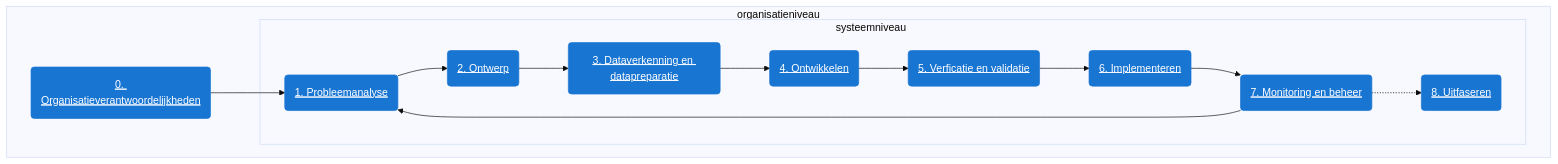
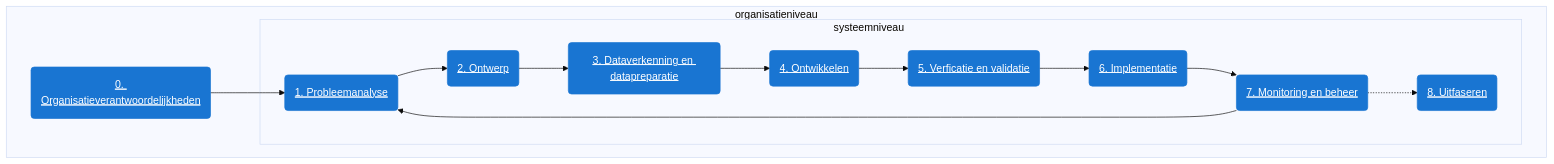
The diagram in docs/levenscyclus/index.md (MinBZK/Algoritmekader), drawn with Mermaid (base theme) before and after one commit. The commit also changed other lines of this file and 6 other files, not shown here.

````diff
--- a/docs/levenscyclus/index.md
+++ b/docs/levenscyclus/index.md
@@ -42,40 +42,40 @@
 ```mermaid
 
   flowchart TD
       subgraph organisatieniveau
         0(0. Organisatieverantwoordelijkheden) --> 1(1. Probleemanalyse);
         subgraph systeemniveau [systeemniveau&nbsp&nbsp&nbsp&nbsp&nbsp&nbsp&nbsp&nbsp&nbsp&nbsp&nbsp&nbsp&nbsp&nbsp&nbsp]
           7(7. Monitoring en beheer) --> 1(1. Probleemanalyse);
           1(1. Probleemanalyse) --> 2(2. Ontwerp);
           2(2. Ontwerp) --> 3(3. Dataverkenning en datapreparatie);
           3(3. Dataverkenning en datapreparatie) --> 4(4. Ontwikkelen);
           4(4. Ontwikkelen) --> 5(5. Verficatie en validatie);
-          5(5. Verficatie en validatie) --> 6(6. Implementeren);
-          6(6. Implementeren) --> 7(7. Monitoring en beheer);
+          5(5. Verficatie en validatie) --> 6(6. Implementatie);
+          6(6. Implementatie) --> 7(7. Monitoring en beheer);
           7(7. Monitoring en beheer) -.-> 8(8. Uitfaseren);
         end
       end
 
       click 0 href "organisatieverantwoordelijkheden"
       click 1 href "probleemanalyse"
       click 2 href "ontwerp"
       click 3 href "dataverkenning-en-datapreparatie"
       click 4 href "ontwikkelen"
-      click 5 href "verificatie en validatie"
-      click 6 href "implementeren"
+      click 5 href "verificatie-en-validatie"
+      click 6 href "implementatie"
       click 7 href "monitoring-en-beheer"
       click 8 href "uitfaseren"
 
       style 0 color:#fff, fill:#1975d2, stroke:#1975d2, text-decoration:underline;
       style 1 color:#fff, fill:#1975d2, stroke:#1975d2, text-decoration:underline;
       style 2 color:#fff, fill:#1975d2, stroke:#1975d2, text-decoration:underline;
       style 3 color:#fff, fill:#1975d2, stroke:#1975d2, text-decoration:underline;
       style 4 color:#fff, fill:#1975d2, stroke:#1975d2, text-decoration:underline;
       style 5 color:#fff, fill:#1975d2, stroke:#1975d2, text-decoration:underline;
       style 6 color:#fff, fill:#1975d2, stroke:#1975d2, text-decoration:underline;
       style 7 color:#fff, fill:#1975d2, stroke:#1975d2, text-decoration:underline;
       style 8 color:#fff, fill:#1975d2, stroke:#1975d2, text-decoration:underline;
 
       style organisatieniveau fill:transparant
 
 ```
````
